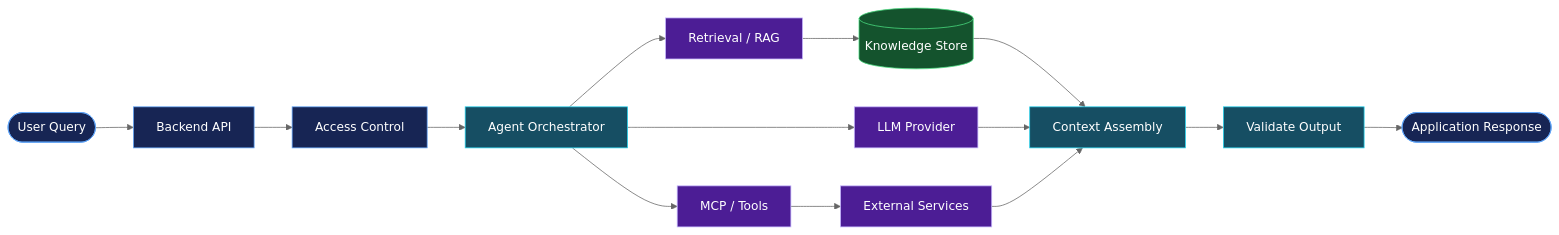
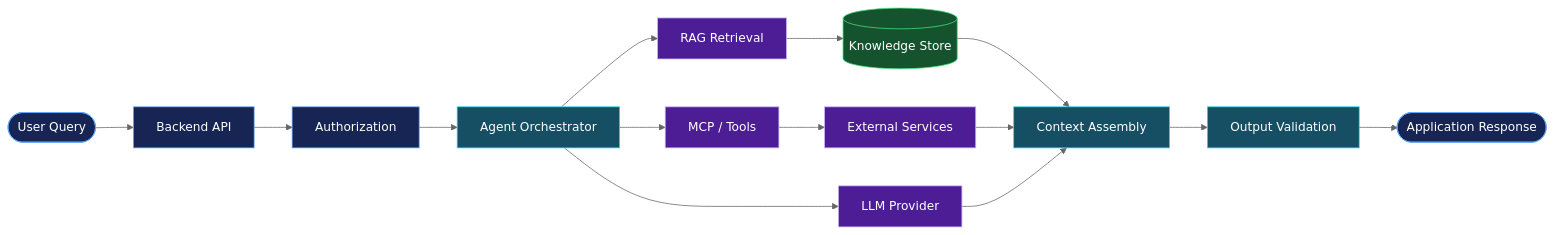
Before and after one commit to Aravindan-001/Aravindan-001: the second of 2 diagrams in README.md, drawn with Mermaid (neutral theme). The commit also changed other lines of this file, not shown here.

````diff
--- a/README.md
+++ b/README.md
@@ -371,30 +326,30 @@
 ```mermaid
 flowchart LR
-    U(["User Query"]) --> API["Backend API"]
-    API --> AUTH["Access Control"]
-    AUTH --> ORCH["Agent Orchestrator"]
+    Q(["User Query"]) --> API["Backend API"]
+    API --> AUTH["Authorization"]
+    AUTH --> AGENT["Agent Orchestrator"]
 
-    ORCH --> RET["Retrieval / RAG"]
-    ORCH --> TOOL["MCP / Tools"]
-    ORCH --> LLM["LLM Provider"]
+    AGENT --> RAG["RAG Retrieval"]
+    AGENT --> MCP["MCP / Tools"]
+    AGENT --> LLM["LLM Provider"]
 
-    RET --> DB[("Knowledge Store")]
-    TOOL --> EXT["External Services"]
+    RAG --> KNOWLEDGE[("Knowledge Store")]
+    MCP --> SERVICES["External Services"]
 
-    DB --> CTX["Context Assembly"]
-    LLM --> CTX
-    EXT --> CTX
+    KNOWLEDGE --> CONTEXT["Context Assembly"]
+    SERVICES --> CONTEXT
+    LLM --> CONTEXT
 
-    CTX --> VALIDATE["Validate Output"]
-    VALIDATE --> RESPONSE(["Application Response"])
+    CONTEXT --> CHECK["Output Validation"]
+    CHECK --> RESULT(["Application Response"])
 
     classDef input fill:#172554,stroke:#60A5FA,color:#FFFFFF
     classDef process fill:#164E63,stroke:#22D3EE,color:#FFFFFF
     classDef ai fill:#4C1D95,stroke:#C4B5FD,color:#FFFFFF
-    classDef storage fill:#14532D,stroke:#4ADE80,color:#FFFFFF
+    classDef data fill:#14532D,stroke:#4ADE80,color:#FFFFFF
 
-    class U,API,AUTH,RESPONSE input
-    class ORCH,CTX,VALIDATE process
-    class RET,TOOL,LLM,EXT ai
-    class DB storage
+    class Q,API,AUTH,RESULT input
+    class AGENT,CONTEXT,CHECK process
+    class RAG,MCP,LLM,SERVICES ai
+    class KNOWLEDGE data
 ```
````
